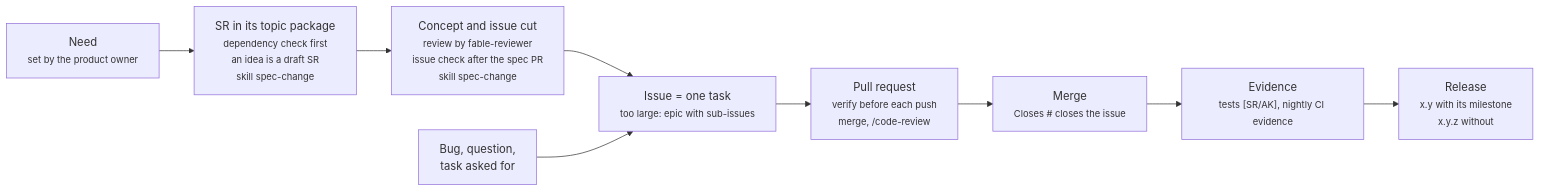
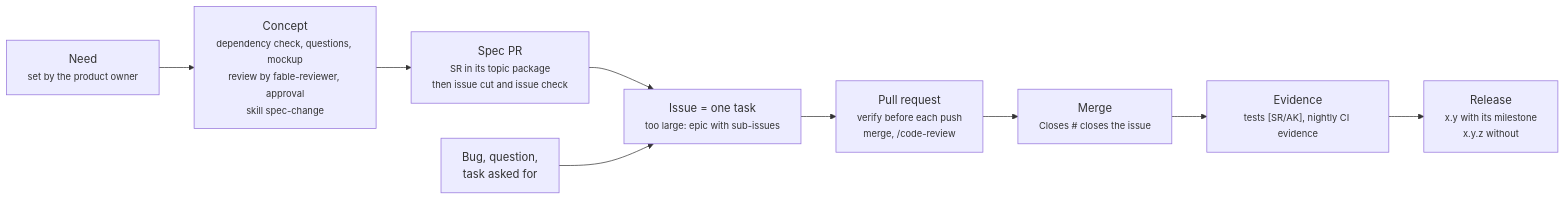
One commit to ThomasBirkmaier/ReqSeq changed the first of 2 diagrams in docs/process.md. Above: the diagram before and after it, drawn with Mermaid. The commit also changed other lines of this file and 5 other files, not shown here.

````diff
--- a/docs/process.md
+++ b/docs/process.md
@@ -5,16 +5,16 @@
 ```mermaid
 flowchart LR
   need["Need<br/><small>set by the product owner</small>"]
-  sr["SR in its topic package<br/><small>dependency check first<br/>an idea is a draft SR<br/>skill spec-change</small>"]
-  study["Concept and issue cut<br/><small>review by fable-reviewer<br/>issue check after the spec PR<br/>skill spec-change</small>"]
+  concept["Concept<br/><small>dependency check, questions, mockup<br/>review by fable-reviewer, approval<br/>skill spec-change</small>"]
+  specpr["Spec PR<br/><small>SR in its topic package<br/>then issue cut and issue check</small>"]
   entry["Bug, question,<br/>task asked for"]
   issue["Issue = one task<br/><small>too large: epic with sub-issues</small>"]
   pr["Pull request<br/><small>verify before each push<br/>merge, /code-review</small>"]
   merged["Merge<br/><small>Closes # closes the issue</small>"]
   evidence["Evidence<br/><small>tests [SR/AK], nightly CI evidence</small>"]
   release["Release<br/><small>x.y with its milestone<br/>x.y.z without</small>"]
 
-  need --> sr --> study --> issue
+  need --> concept --> specpr --> issue
   entry --> issue
   issue --> pr --> merged --> evidence --> release
 ```
````
